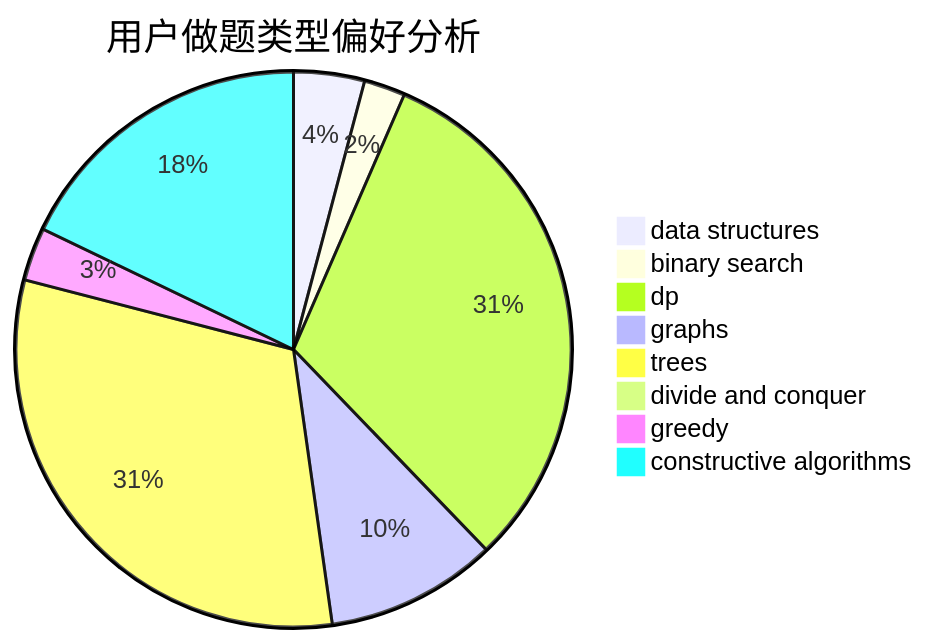
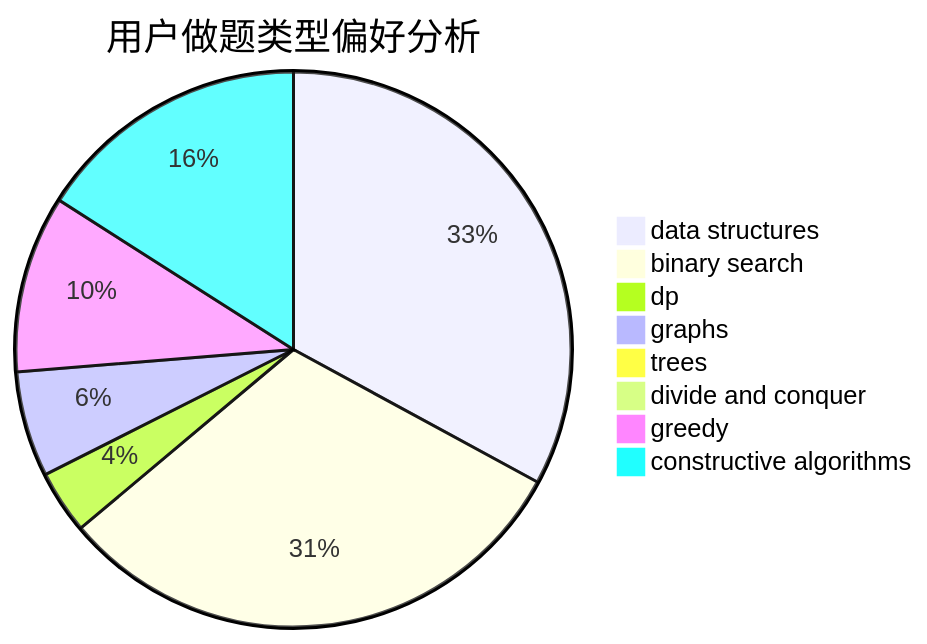
The second of 3 diagrams in docs/user/u2668.md (sherpahu/cfrs.github.io), drawn with Mermaid before and after one commit. The commit also changed other lines of this file and 2770 other files, not shown here.

````diff
--- a/docs/user/u2668.md
+++ b/docs/user/u2668.md
@@ -23,11 +23,11 @@
 ```mermaid
 pie title 用户做题类型偏好分析
-    "data structures" :  12
-    "binary search" :  7
-    "dp" :  91
-    "graphs" :  29
-    "trees" :  91
+    "data structures" :  134
+    "binary search" :  126
+    "dp" :  15
+    "graphs" :  25
+    "trees" :  4
     "divide and conquer" :  0
-    "greedy" :  9
-    "constructive algorithms" :  52
+    "greedy" :  42
+    "constructive algorithms" :  65
 ```
````
